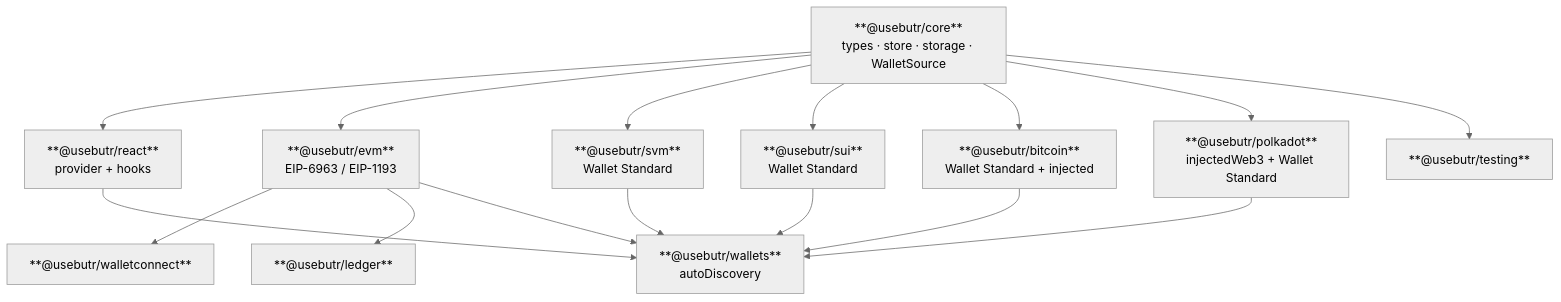
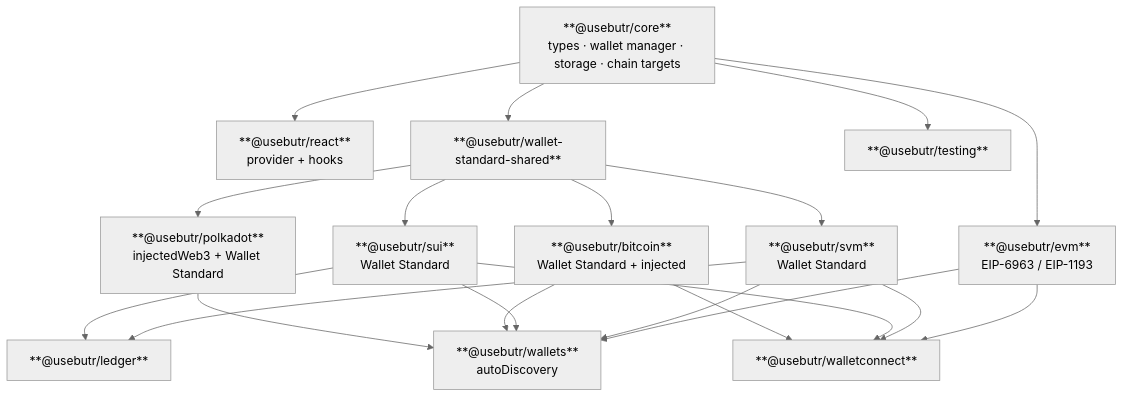
Before and after one commit to pedroapfilho/usebutr: the diagram in README.md, drawn with Mermaid (neutral theme). The commit also changed other lines of this file and 228 other files, not shown here.

First line of the commit message:
refactor!: deepen the adapter, storage, store and discovery modules (#217)

````diff
--- a/README.md
+++ b/README.md
@@ -133,30 +137,35 @@
 ```mermaid
 graph TD
-  core["**@usebutr/core**<br>types · store · storage · WalletSource"]
+  core["**@usebutr/core**<br>types · wallet manager · storage · chain targets"]
   react["**@usebutr/react**<br>provider + hooks"]
+  wss["**@usebutr/wallet-standard-shared**"]
   evm["**@usebutr/evm**<br>EIP-6963 / EIP-1193"]
   svm["**@usebutr/svm**<br>Wallet Standard"]
   sui["**@usebutr/sui**<br>Wallet Standard"]
   btc["**@usebutr/bitcoin**<br>Wallet Standard + injected"]
   dot["**@usebutr/polkadot**<br>injectedWeb3 + Wallet Standard"]
   wallets["**@usebutr/wallets**<br>autoDiscovery"]
   wc["**@usebutr/walletconnect**"]
   ledger["**@usebutr/ledger**"]
   testing["**@usebutr/testing**"]
 
   core --> react
+  core --> wss
   core --> evm
-  core --> svm
-  core --> sui
-  core --> btc
-  core --> dot
   core --> testing
-  evm --> wc
-  evm --> ledger
-  react --> wallets
+  wss --> svm
+  wss --> sui
+  wss --> btc
+  wss --> dot
   evm --> wallets
   svm --> wallets
   sui --> wallets
   btc --> wallets
   dot --> wallets
+  evm --> wc
+  svm --> wc
+  sui --> wc
+  btc --> wc
+  svm --> ledger
+  sui --> ledger
 ```
````
